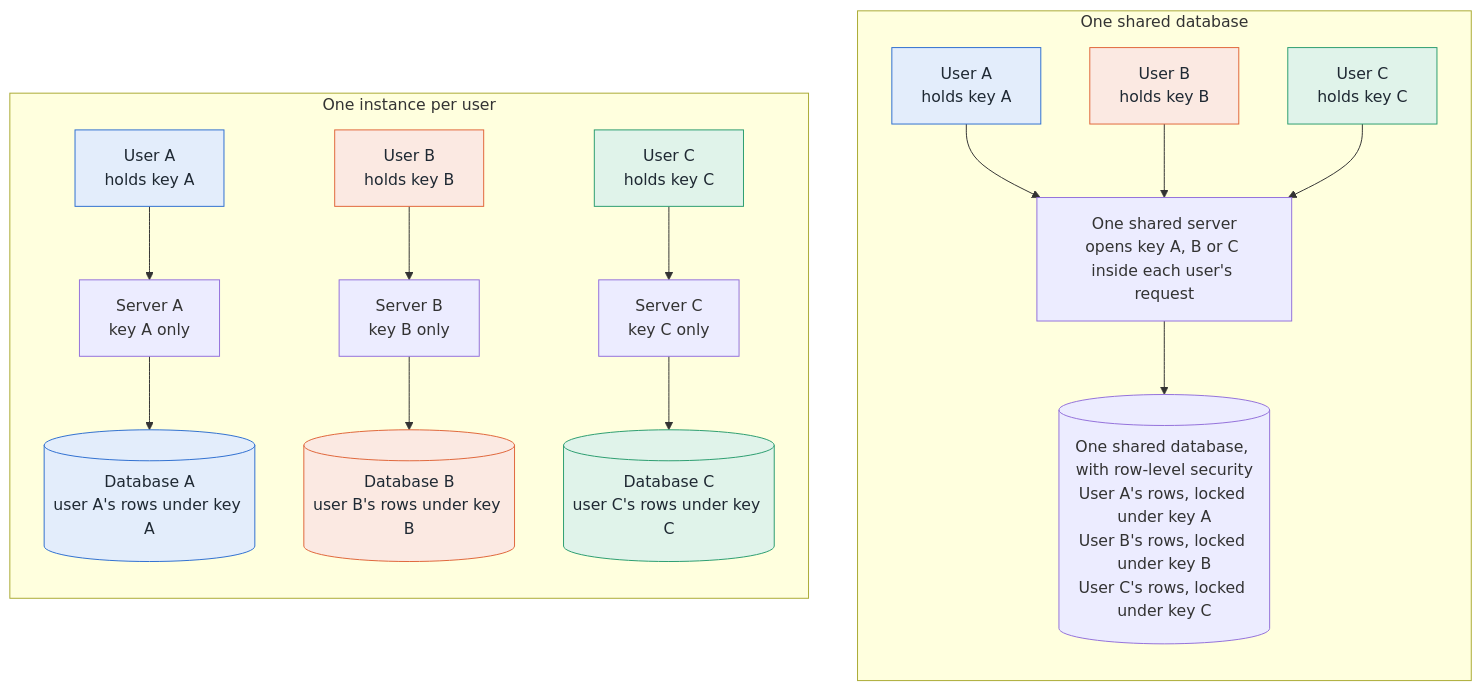
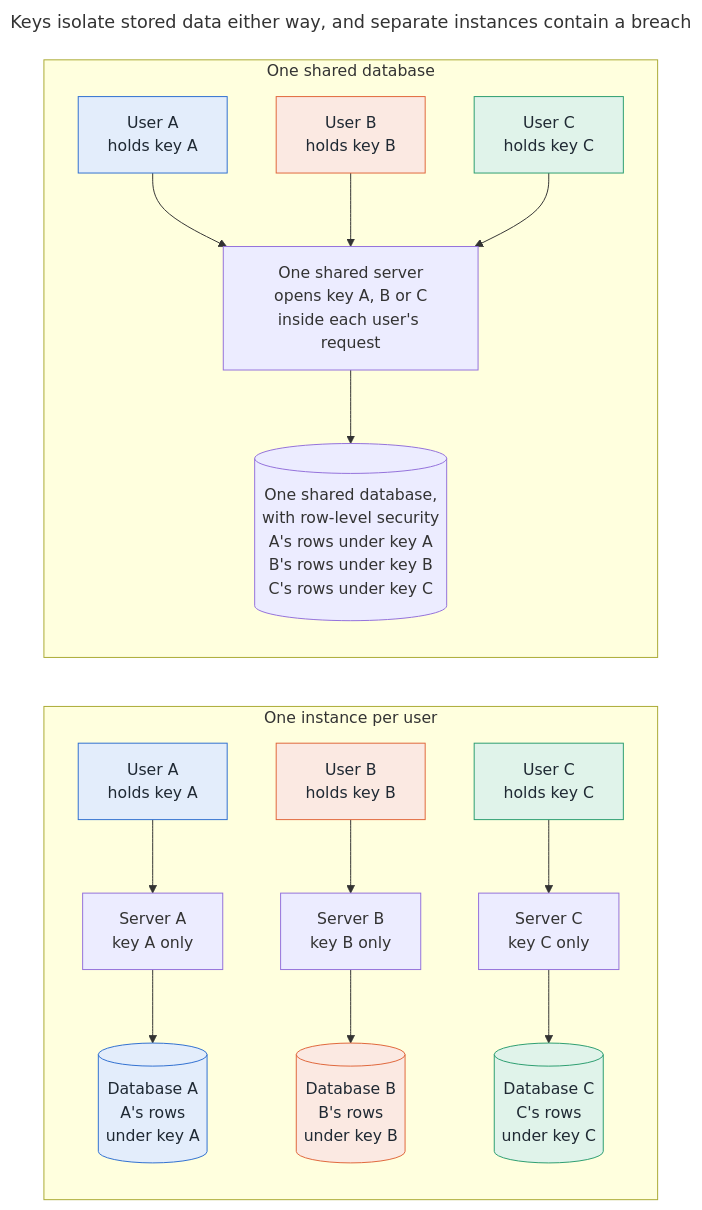
The diagram in diagrams/shared-vs-dedicated-3-users.mmd (ajs-consult-llc/mirror-encryption-rfc), drawn with Mermaid before and after one commit. The commit also changed 23 other files, not shown here.

First line of the commit message:
Diagrams that read: titles, short lines, vertical layouts

```diff
--- a/diagrams/shared-vs-dedicated-3-users.mmd
+++ b/diagrams/shared-vs-dedicated-3-users.mmd
@@ -1,20 +1,24 @@
+---
+title: "Keys isolate stored data either way, and separate instances contain a breach"
+---
 flowchart TB
   accTitle: Keys isolate stored data either way, and separate instances contain a breach
   accDescr: Each user's key stays on their desktop in both designs, and colours mark whose key locks which rows. With one shared database, users A, B and C, holding keys A, B and C, all use one shared server, which opens key A, B or C inside each user's request, and one shared database with row-level security, where user A's rows are locked under key A, user B's under key B and user C's under key C. A server breach sees every active user's requests. There is one system to run, and metadata is visible to the operator. With one instance per user, user A uses server A, which holds key A only, and database A, which holds user A's rows under key A, and the same for users B and C. A server breach sees one user's requests. There is one system per user to run and pay for.
   subgraph shared["One shared database"]
     direction TB
-    SA["User A<br/>holds key A"]:::a --> SS
-    SB["User B<br/>holds key B"]:::b --> SS
-    SC["User C<br/>holds key C"]:::c --> SS
-    SS["One shared server<br/>opens key A, B or C inside each user's request"] --> SD
-    SD[("One shared database, with row-level security<br/>User A's rows, locked under key A<br/>User B's rows, locked under key B<br/>User C's rows, locked under key C")]
+    SA["User A<br/>holds key A"]:::a
+    SB["User B<br/>holds key B"]:::b
+    SC["User C<br/>holds key C"]:::c
+    SA & SB & SC --> SS["One shared server<br/>opens key A, B or C<br/>inside each user's request"]
+    SS --> SD[("One shared database,<br/>with row-level security<br/>A's rows under key A<br/>B's rows under key B<br/>C's rows under key C")]
   end
   subgraph dedicated["One instance per user"]
     direction TB
-    UA["User A<br/>holds key A"]:::a --> VA["Server A<br/>key A only"] --> BA[("Database A<br/>user A's rows under key A")]:::a
-    UB["User B<br/>holds key B"]:::b --> VB["Server B<br/>key B only"] --> BB[("Database B<br/>user B's rows under key B")]:::b
-    UC["User C<br/>holds key C"]:::c --> VC["Server C<br/>key C only"] --> BC[("Database C<br/>user C's rows under key C")]:::c
+    UA["User A<br/>holds key A"]:::a --> VA["Server A<br/>key A only"] --> BA[("Database A<br/>A's rows<br/>under key A")]:::a
+    UB["User B<br/>holds key B"]:::b --> VB["Server B<br/>key B only"] --> BB[("Database B<br/>B's rows<br/>under key B")]:::b
+    UC["User C<br/>holds key C"]:::c --> VC["Server C<br/>key C only"] --> BC[("Database C<br/>C's rows<br/>under key C")]:::c
   end
+  shared ~~~ dedicated
   classDef a stroke:#2f6fd0,fill:#e3edfb,color:#1f2933
   classDef b stroke:#e0663a,fill:#fbe9e2,color:#1f2933
   classDef c stroke:#2a9d6f,fill:#e0f3ea,color:#1f2933
```
